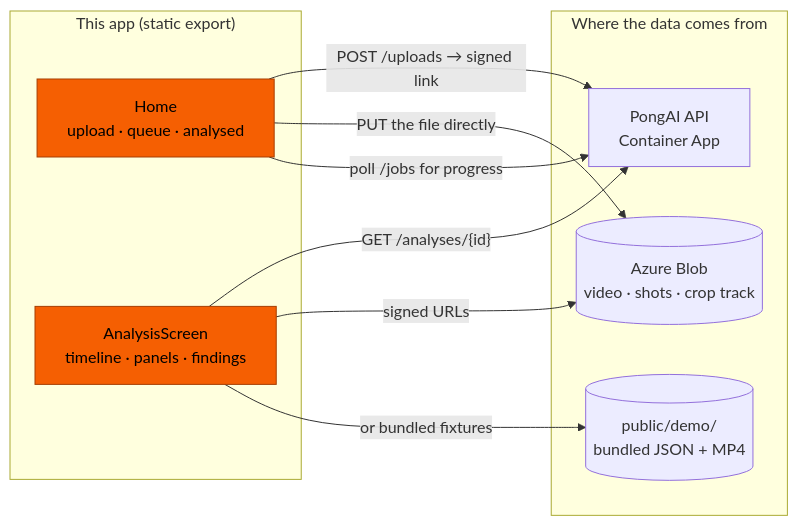
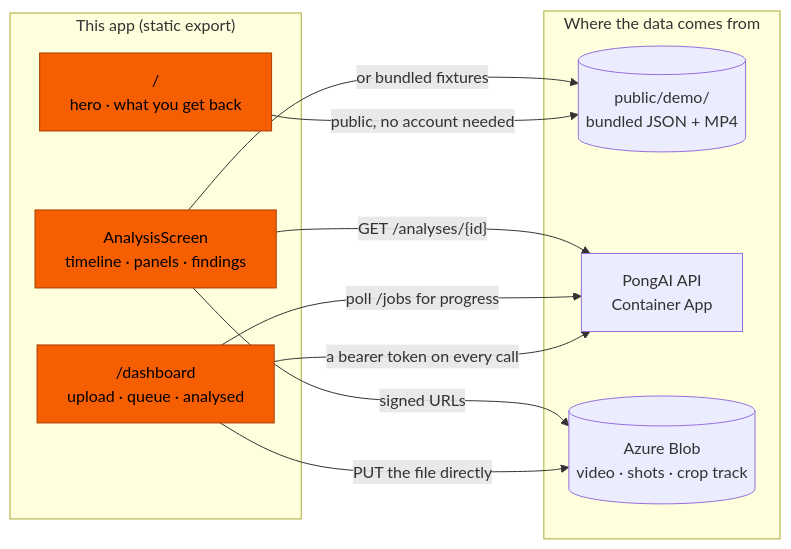
Before and after one commit to ThePhoenix10/TableTennisAI: the diagram in Frontend/README.md, drawn with Mermaid. The commit also changed other lines of this file and 1 other file, not shown here.

````diff
--- a/Frontend/README.md
+++ b/Frontend/README.md
@@ -31,23 +33,25 @@
 ```mermaid
 flowchart LR
     subgraph Browser["This app (static export)"]
-        Home["Home<br/>upload · queue · analysed"]
+        Home["/<br/>hero · what you get back"]
+        Dash["/dashboard<br/>upload · queue · analysed"]
         Screen["AnalysisScreen<br/>timeline · panels · findings"]
     end
 
     subgraph Data["Where the data comes from"]
         Demos[("public/demo/<br/>bundled JSON + MP4")]
         API["PongAI API<br/>Container App"]
         Blob[("Azure Blob<br/>video · shots · crop track")]
     end
 
-    Home -->|"POST /uploads → signed link"| API
-    Home -->|"PUT the file directly"| Blob
-    Home -->|"poll /jobs for progress"| API
+    Home -->|"public, no account needed"| Demos
+    Dash -->|"a bearer token on every call"| API
+    Dash -->|"PUT the file directly"| Blob
+    Dash -->|"poll /jobs for progress"| API
     Screen -->|"GET /analyses/{id}"| API
     Screen -->|"signed URLs"| Blob
     Screen -->|"or bundled fixtures"| Demos
 
     classDef me fill:#f55f02,stroke:#a63e02,color:#000
-    class Home,Screen me
+    class Home,Dash,Screen me
 ```
````
